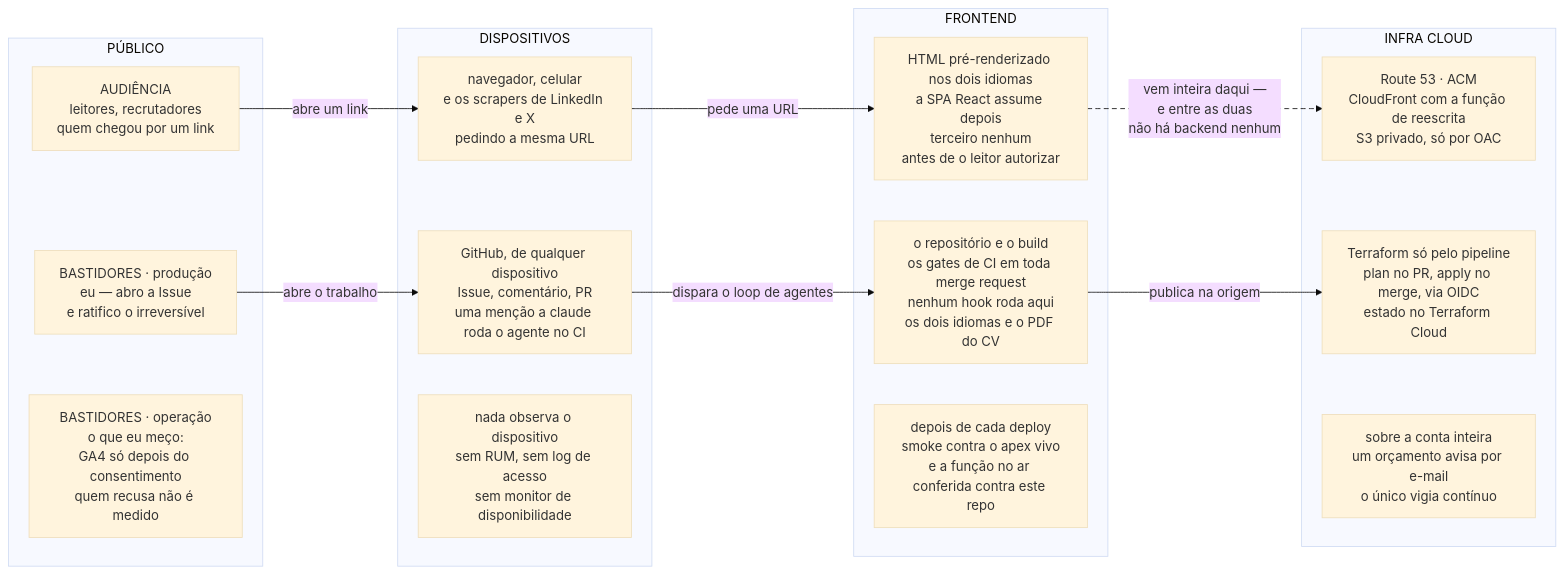
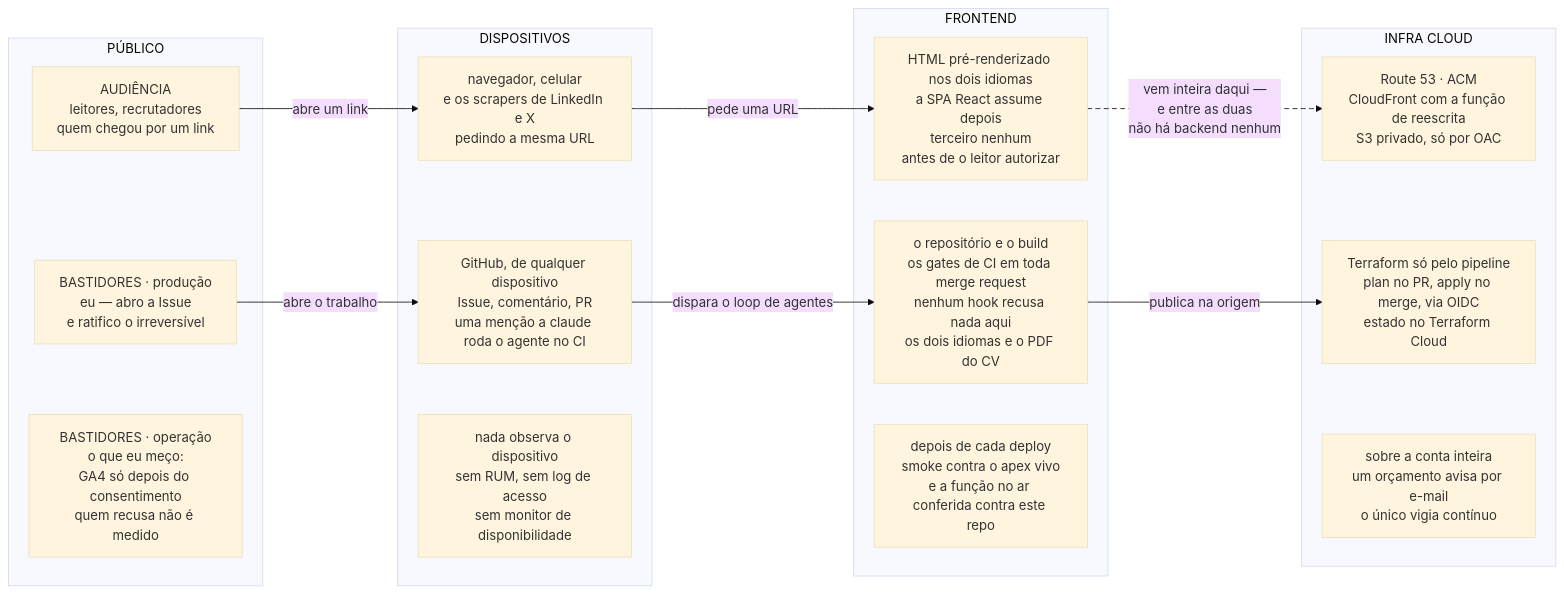
The first of 3 diagrams in apps/fed/src/content/architecture.pt.md (tedeuxx/tadeumendonca-io), drawn with Mermaid (base theme) before and after one commit. The commit also changed other lines of this file and 5 other files, not shown here.

First line of the commit message:
docs(architecture): state the plugin's status and count the three repos

````diff
--- a/apps/fed/src/content/architecture.pt.md
+++ b/apps/fed/src/content/architecture.pt.md
@@ -68,35 +68,35 @@
 ```mermaid
 flowchart LR
   accTitle: As raias e os tiers — o que o leitor encontra, e o que mantém isso de pé
-  accDescr: Uma grade que se lê da esquerda para a direita, com quatro colunas — público, dispositivos, frontend e infra cloud — e três raias empilhadas dentro delas. A raia de cima é a audiência, o que o leitor encontra no site: o público chega por um link, o dispositivo pede uma URL, e o que volta é HTML pré-renderizado nos dois idiomas, com a SPA React assumindo depois e nenhum terceiro carregado antes de o leitor autorizar — GA4 só com consentimento, YouTube só no clique. Essa página vem inteira da coluna de infra cloud: Route 53, ACM, CloudFront com a função de reescrita, e um bucket S3 privado que só responde àquela distribuição. Entre o frontend e a infra não existe coluna de backend, e essa ausência é a afirmação do desenho: não há tier de aplicação, porque o requisito nunca pediu um, e nada meu roda a cada requisição. As duas raias de baixo são os bastidores, o que ninguém vê e que mantém a operação de pé. A raia de produção: eu abro a Issue e ratifico o irreversível; o GitHub é o console, de qualquer dispositivo, e uma menção a claude dispara o agente dentro do CI sem nenhuma máquina minha ligada; o repositório e o build carregam os gates de CI que toda merge request roda, e produzem os dois idiomas e o PDF do CV, enquanto as personas vêm do método instalado no nível do usuário e nenhum hook roda aqui; o Terraform aplica a infraestrutura só pelo pipeline, com estado no Terraform Cloud. A raia de operação é a mais fina, e é fina por constatação e não por desenho: o que eu meço é GA4 depois do consentimento, então quem recusa não entra na conta; nada observa o dispositivo do leitor, sem RUM, sem log de acesso e sem monitor de disponibilidade; depois de cada deploy um smoke roda contra o apex vivo e confere que a função publicada é a deste repositório; e sobre a conta inteira há um orçamento que avisa por e-mail, que é o único vigia contínuo que existe.
+  accDescr: Uma grade que se lê da esquerda para a direita, com quatro colunas — público, dispositivos, frontend e infra cloud — e três raias empilhadas dentro delas. A raia de cima é a audiência, o que o leitor encontra no site: o público chega por um link, o dispositivo pede uma URL, e o que volta é HTML pré-renderizado nos dois idiomas, com a SPA React assumindo depois e nenhum terceiro carregado antes de o leitor autorizar — GA4 só com consentimento, YouTube só no clique. Essa página vem inteira da coluna de infra cloud: Route 53, ACM, CloudFront com a função de reescrita, e um bucket S3 privado que só responde àquela distribuição. Entre o frontend e a infra não existe coluna de backend, e essa ausência é a afirmação do desenho: não há tier de aplicação, porque o requisito nunca pediu um, e nada meu roda a cada requisição. As duas raias de baixo são os bastidores, o que ninguém vê e que mantém a operação de pé. A raia de produção: eu abro a Issue e ratifico o irreversível; o GitHub é o console, de qualquer dispositivo, e uma menção a claude dispara o agente dentro do CI sem nenhuma máquina minha ligada; o repositório e o build carregam os gates de CI que toda merge request roda, e produzem os dois idiomas e o PDF do CV, enquanto as personas vêm do método instalado no nível do usuário e nenhum hook recusa nada aqui; o Terraform aplica a infraestrutura só pelo pipeline, com estado no Terraform Cloud. A raia de operação é a mais fina, e é fina por constatação e não por desenho: o que eu meço é GA4 depois do consentimento, então quem recusa não entra na conta; nada observa o dispositivo do leitor, sem RUM, sem log de acesso e sem monitor de disponibilidade; depois de cada deploy um smoke roda contra o apex vivo e confere que a função publicada é a deste repositório; e sobre a conta inteira há um orçamento que avisa por e-mail, que é o único vigia contínuo que existe.
   subgraph T1["PÚBLICO"]
     A1["AUDIÊNCIA<br/>leitores, recrutadores<br/>quem chegou por um link"]
     B1["BASTIDORES · produção<br/>eu — abro a Issue<br/>e ratifico o irreversível"]
     C1["BASTIDORES · operação<br/>o que eu meço:<br/>GA4 só depois do consentimento<br/>quem recusa não é medido"]
   end
   subgraph T2["DISPOSITIVOS"]
     A2["navegador, celular<br/>e os scrapers de LinkedIn e X<br/>pedindo a mesma URL"]
     B2["GitHub, de qualquer dispositivo<br/>Issue, comentário, PR<br/>uma menção a claude roda o agente no CI"]
     C2["nada observa o dispositivo<br/>sem RUM, sem log de acesso<br/>sem monitor de disponibilidade"]
   end
   subgraph T3["FRONTEND"]
     A3["HTML pré-renderizado nos dois idiomas<br/>a SPA React assume depois<br/>terceiro nenhum<br/>antes de o leitor autorizar"]
-    B3["o repositório e o build<br/>os gates de CI em toda merge request<br/>nenhum hook roda aqui<br/>os dois idiomas e o PDF do CV"]
+    B3["o repositório e o build<br/>os gates de CI em toda merge request<br/>nenhum hook recusa nada aqui<br/>os dois idiomas e o PDF do CV"]
     C3["depois de cada deploy<br/>smoke contra o apex vivo<br/>e a função no ar conferida contra este repo"]
   end
   subgraph T4["INFRA CLOUD"]
     A4["Route 53 · ACM<br/>CloudFront com a função de reescrita<br/>S3 privado, só por OAC"]
     B4["Terraform só pelo pipeline<br/>plan no PR, apply no merge, via OIDC<br/>estado no Terraform Cloud"]
     C4["sobre a conta inteira<br/>um orçamento avisa por e-mail<br/>o único vigia contínuo"]
   end
   A1 -- "abre um link" --> A2
   A2 -- "pede uma URL" --> A3
   A3 -- "vem inteira daqui —<br/>e entre as duas<br/>não há backend nenhum" --> A4
   B1 -- "abre o trabalho" --> B2
   B2 -- "dispara o loop de agentes" --> B3
   B3 -- "publica na origem" --> B4
   C1 ~~~ C2
   C2 ~~~ C3
   C3 ~~~ C4
   linkStyle 2 stroke-dasharray:6 4
 ```
````
